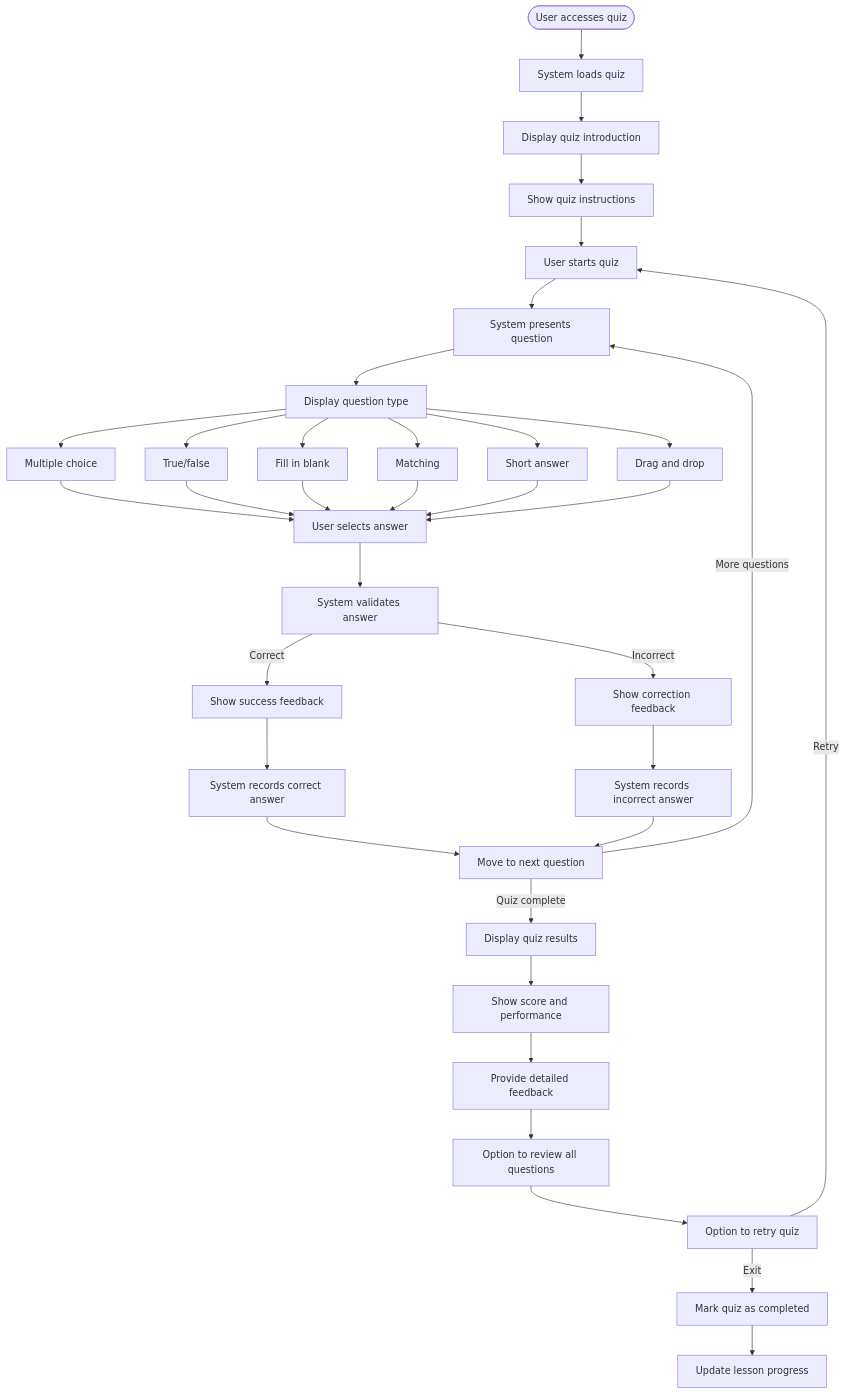
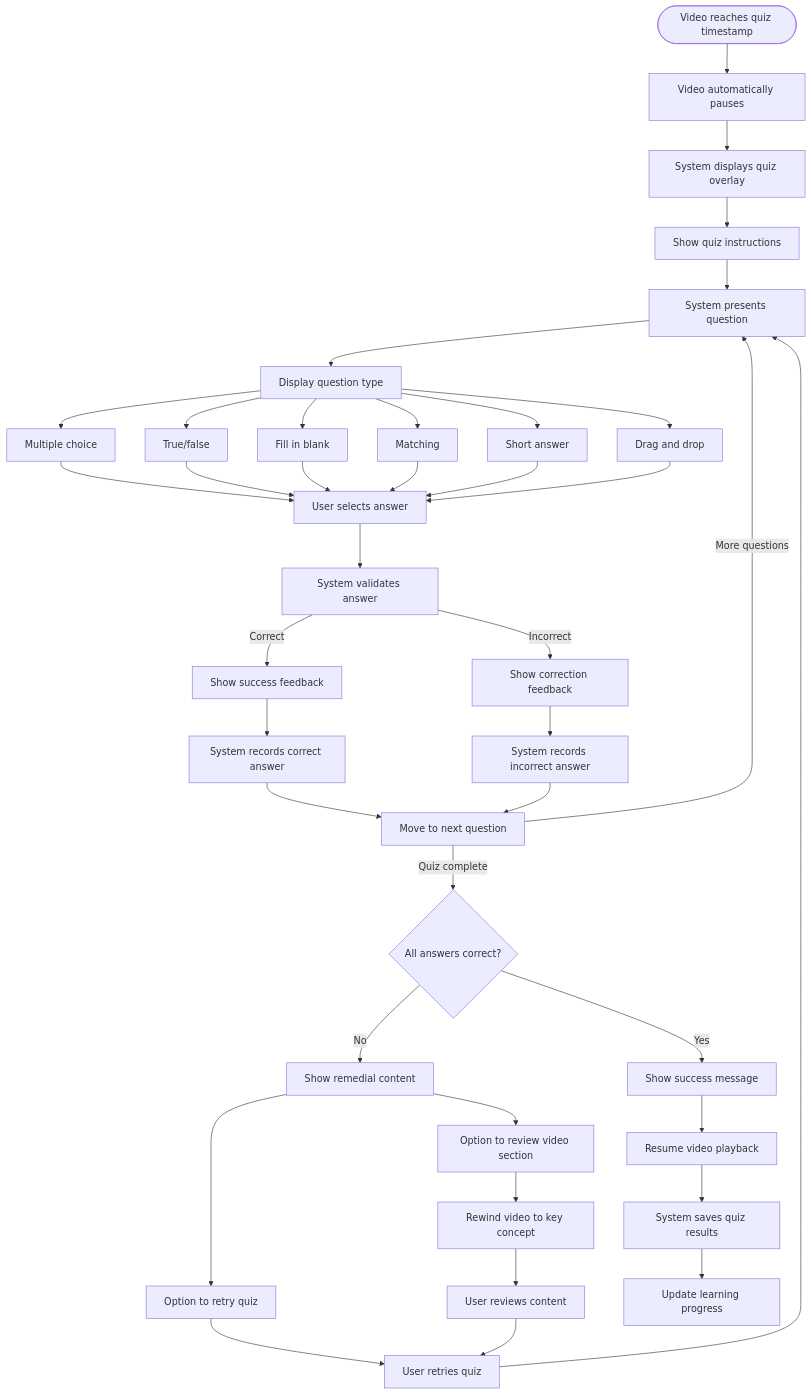
The diagram in epic8-lesson-experience/us8.4-interactive-quizzes.md (tridungbk2010/efis-userstories), drawn with Mermaid before and after one commit. The commit also changed other lines of this file and 9 other files, not shown here.

````diff
--- a/epic8-lesson-experience/us8.4-interactive-quizzes.md
+++ b/epic8-lesson-experience/us8.4-interactive-quizzes.md
@@ -30,45 +32,51 @@
 ```mermaid
 flowchart TD
-    A([User accesses quiz]) --> B[System loads quiz]
-    B --> C[Display quiz introduction]
+    A([Video reaches quiz timestamp]) --> B[Video automatically pauses]
+    B --> C[System displays quiz overlay]
     C --> D[Show quiz instructions]
-    D --> E[User starts quiz]
 
-    E --> F[System presents question]
-    F --> G[Display question type]
-    G --> H1[Multiple choice]
-    G --> H2[True/false]
-    G --> H3[Fill in blank]
-    G --> H4[Matching]
-    G --> H5[Short answer]
-    G --> H6[Drag and drop]
+    D --> E[System presents question]
+    E --> F[Display question type]
+    F --> G1[Multiple choice]
+    F --> G2[True/false]
+    F --> G3[Fill in blank]
+    F --> G4[Matching]
+    F --> G5[Short answer]
+    F --> G6[Drag and drop]
 
-    H1 --> I[User selects answer]
-    H2 --> I
-    H3 --> I
-    H4 --> I
-    H5 --> I
-    H6 --> I
+    G1 --> H[User selects answer]
+    G2 --> H
+    G3 --> H
+    G4 --> H
+    G5 --> H
+    G6 --> H
 
-    I --> J[System validates answer]
-    J -- "Correct" --> K[Show success feedback]
-    J -- "Incorrect" --> L[Show correction feedback]
+    H --> I[System validates answer]
+    I -- "Correct" --> J[Show success feedback]
+    I -- "Incorrect" --> K[Show correction feedback]
 
-    K --> M[System records correct answer]
-    L --> N[System records incorrect answer]
+    J --> L[System records correct answer]
+    K --> M[System records incorrect answer]
 
-    M --> O[Move to next question]
-    N --> O
+    L --> N[Move to next question]
+    M --> N
 
-    O -- "More questions" --> F
-    O -- "Quiz complete" --> P[Display quiz results]
+    N -- "More questions" --> E
+    N -- "Quiz complete" --> O{All answers correct?}
 
-    P --> Q[Show score and performance]
-    Q --> R[Provide detailed feedback]
-    R --> S[Option to review all questions]
-    S --> T[Option to retry quiz]
+    O -- "Yes" --> P[Show success message]
+    P --> Q[Resume video playback]
 
-    T -- "Retry" --> E
-    T -- "Exit" --> U[Mark quiz as completed]
-    U --> V[Update lesson progress]
+    O -- "No" --> R[Show remedial content]
+    R --> S[Option to retry quiz]
+    S --> T[User retries quiz]
+    T --> E
+
+    R --> U[Option to review video section]
+    U --> V[Rewind video to key concept]
+    V --> W[User reviews content]
+    W --> T
+
+    Q --> X[System saves quiz results]
+    X --> Y[Update learning progress]
 ```
````
